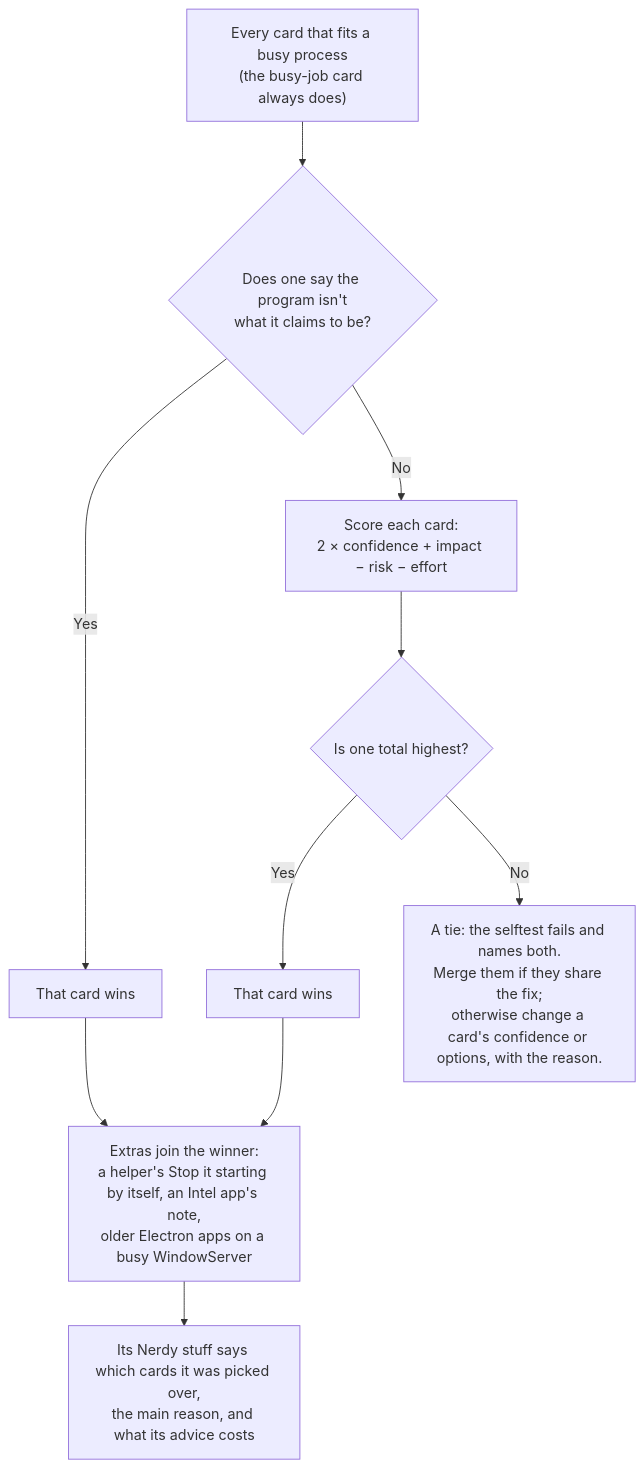
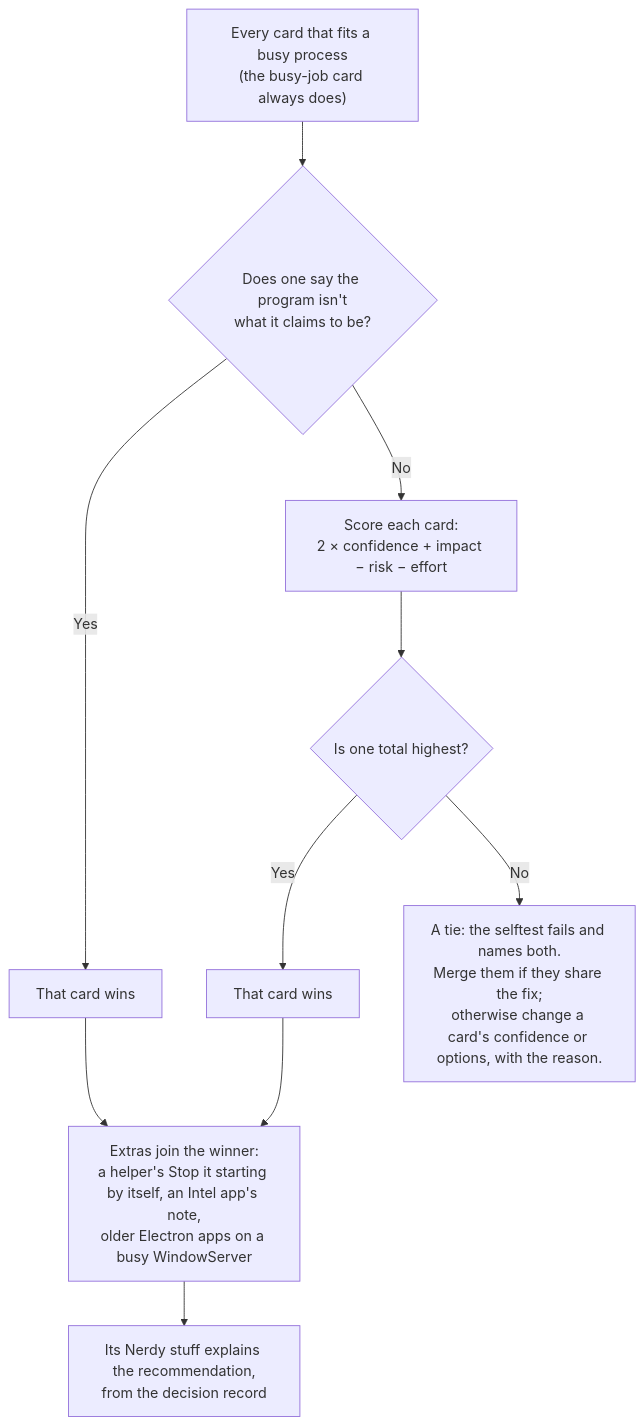
Before and after one commit to ThePhilDiamond/CoolHead: the diagram in docs/DIAGNOSIS.md, drawn with Mermaid. The commit also changed other lines of this file and 7 other files, not shown here.

First line of the commit message:
Record every sample's explanation; document the decision record

````diff
--- a/docs/DIAGNOSIS.md
+++ b/docs/DIAGNOSIS.md
@@ -72,11 +72,11 @@
 ```mermaid
 flowchart TD
     start["Every card that fits a busy process<br/>(the busy-job card always does)"] --> identity
     identity{"Does one say the program isn't<br/>what it claims to be?"} -- Yes --> identityWins["That card wins"]
     identity -- No --> score["Score each card:<br/>2 × confidence + impact − risk − effort"]
     score --> top{"Is one total highest?"}
     top -- Yes --> topWins["That card wins"]
     top -- No --> tie["A tie: the selftest fails and names both.<br/>Merge them if they share the fix;<br/>otherwise change a card's confidence or options, with the reason."]
     identityWins & topWins --> extras["Extras join the winner:<br/>a helper's Stop it starting by itself, an Intel app's note,<br/>older Electron apps on a busy WindowServer"]
-    extras --> why["Its Nerdy stuff says which cards it was picked over,<br/>the main reason, and what its advice costs"]
+    extras --> why["Its Nerdy stuff explains the recommendation,<br/>from the decision record"]
 ```
````
